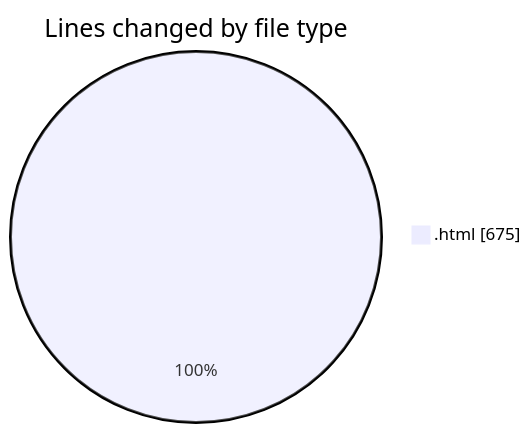
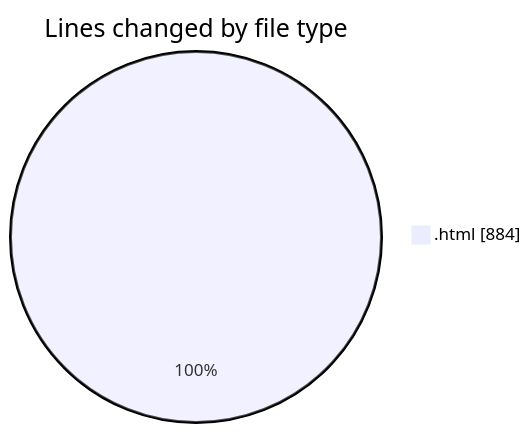
The first of 2 diagrams in 2025-08-10/nxtqube_webapp/README.md (nxtqubesakshisongat/code-tracking), drawn with Mermaid before and after one commit. The commit also changed other lines of this file and 1 other file, not shown here.

````diff
--- a/2025-08-10/nxtqube_webapp/README.md
+++ b/2025-08-10/nxtqube_webapp/README.md
@@ -21,5 +21,5 @@
 ```mermaid
 pie showData
 title Lines changed by file type
-".html" : 675
+".html" : 884
 ```
````
